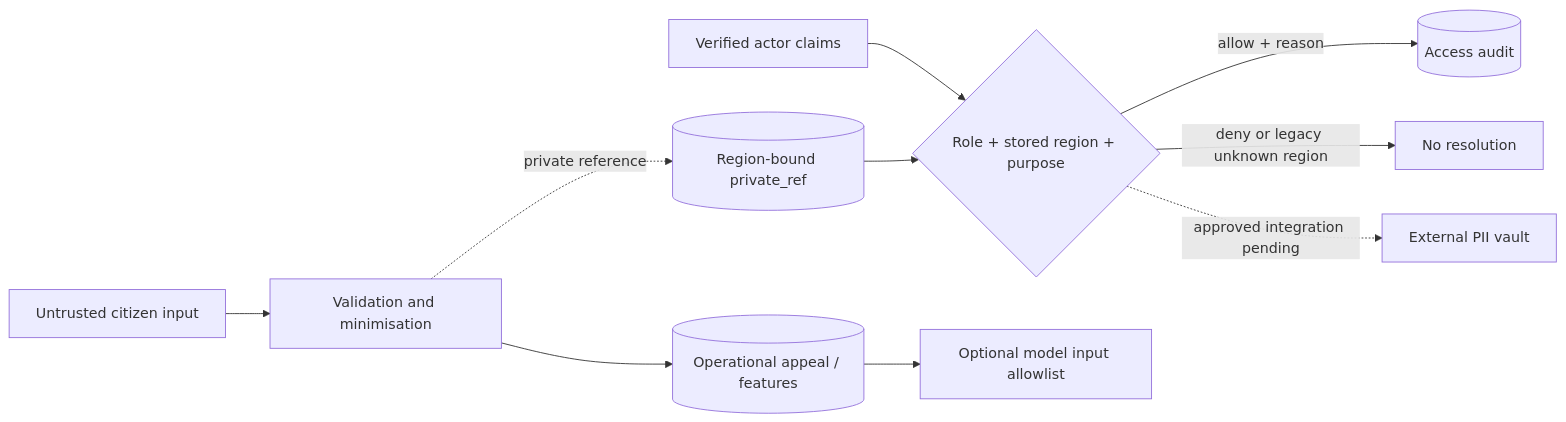
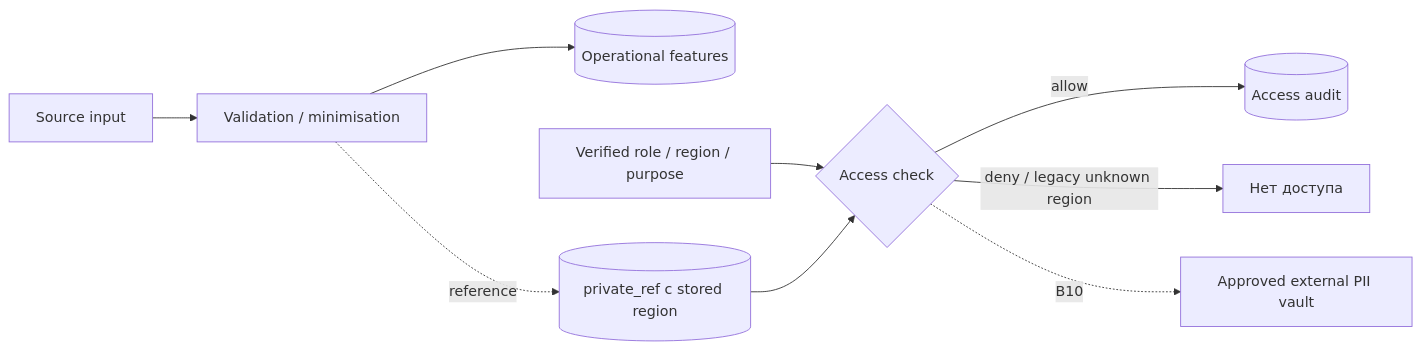
Before and after one commit to BAITC-Hacks/hack-803e2c8f-baash: the fifth of 5 diagrams in docs/architecture/README.md, drawn with Mermaid. The commit also changed other lines of this file and 30 other files, not shown here.

````diff
--- a/docs/architecture/README.md
+++ b/docs/architecture/README.md
@@ -211,12 +99,11 @@
 ```mermaid
 flowchart LR
-    Source[Untrusted citizen input] --> Intake[Validation and minimisation]
-    Intake --> Features[(Operational appeal / features)]
-    Intake -. private reference .-> Ref[(Region-bound private_ref)]
-    Actor[Verified actor claims] --> Gate{Role + stored region + purpose}
-    Ref --> Gate
-    Gate -->|allow + reason| Audit[(Access audit)]
-    Gate -->|deny or legacy unknown region| Denied[No resolution]
-    Gate -. approved integration pending .-> Vault[External PII vault]
-    Features --> Model[Optional model input allowlist]
+    Input[Source input] --> Min[Validation / minimisation]
+    Min --> Features[(Operational features)]
+    Min -. reference .-> Private[(private_ref с stored region)]
+    Actor[Verified role / region / purpose] --> Gate{Access check}
+    Private --> Gate
+    Gate -->|allow| Audit[(Access audit)]
+    Gate -->|deny / legacy unknown region| Deny[Нет доступа]
+    Gate -. B10 .-> Vault[Approved external PII vault]
 ```
````
